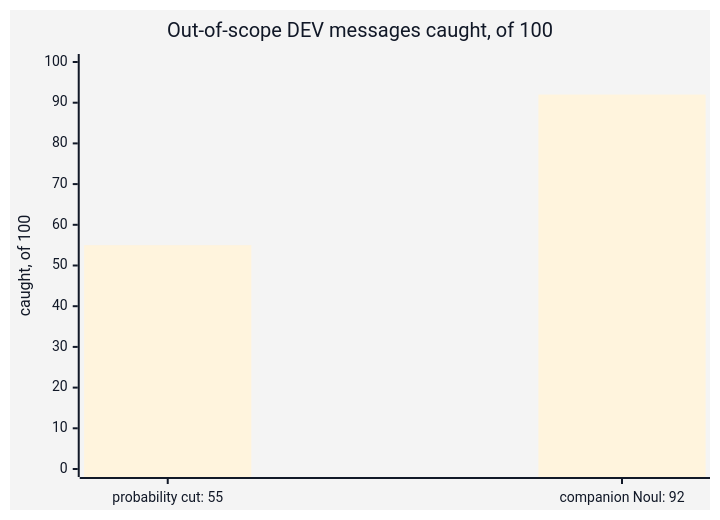
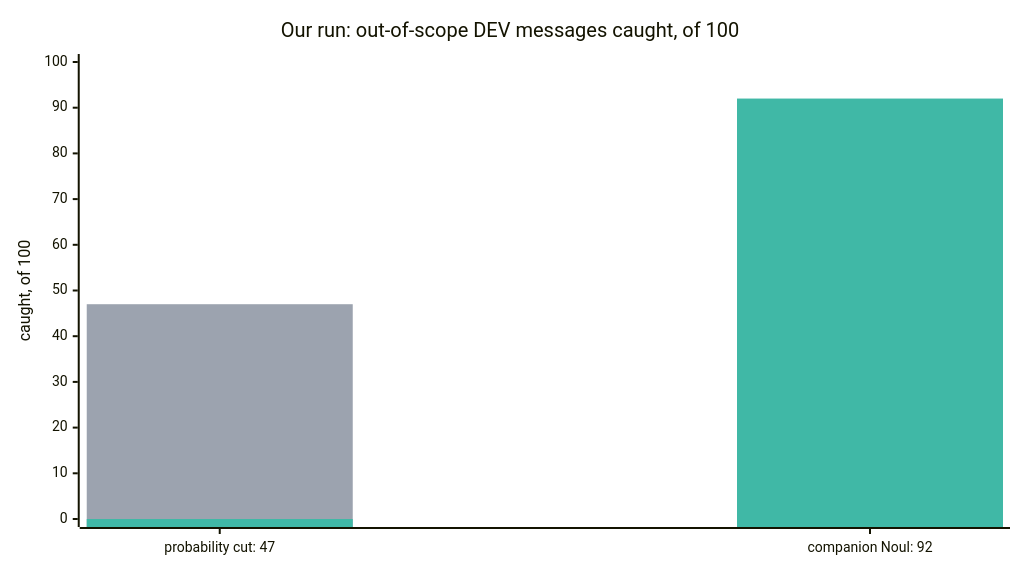
One commit to axel-sirota/getting_started_jev changed the diagram in course/diagrams/module_03/p2-demo-results.mmd. Above: the diagram before and after it, drawn with Mermaid. The commit also changed 41 other files, not shown here.

Commit message:
Module 3: notebooks and diagrams

```diff
--- a/course/diagrams/module_03/p2-demo-results.mmd
+++ b/course/diagrams/module_03/p2-demo-results.mmd
@@ -1,6 +1,8 @@
 %%{init: {"theme": "base", "themeVariables": {"fontFamily": "Inter, sans-serif", "primaryColor": "#ECF8F6", "primaryBorderColor": "#40B8A6", "primaryTextColor": "#111827", "lineColor": "#1A3D4D", "secondaryColor": "#F9FAFB", "tertiaryColor": "#FFFFFF", "clusterBkg": "#F9FAFB", "clusterBorder": "#D1D5DB", "actorBkg": "#ECF8F6", "actorBorder": "#40B8A6", "noteBkgColor": "#FFF6DA", "noteBorderColor": "#E0B84C"}}}%%
+%%{init: {"themeVariables": {"xyChart": {"plotColorPalette": "#9CA3AF, #40B8A6"}}, "xyChart": {"width": 1000, "height": 550}}}%%
 xychart-beta
-  title "Out-of-scope DEV messages caught, of 100"
-  x-axis ["probability cut: 55", "companion Noul: 92"]
+  title "Our run: out-of-scope DEV messages caught, of 100"
+  x-axis ["probability cut: 47", "companion Noul: 92"]
   y-axis "caught, of 100" 0 --> 100
-  bar [55, 92]
+  bar [47, 0]
+  bar [0, 92]
```
